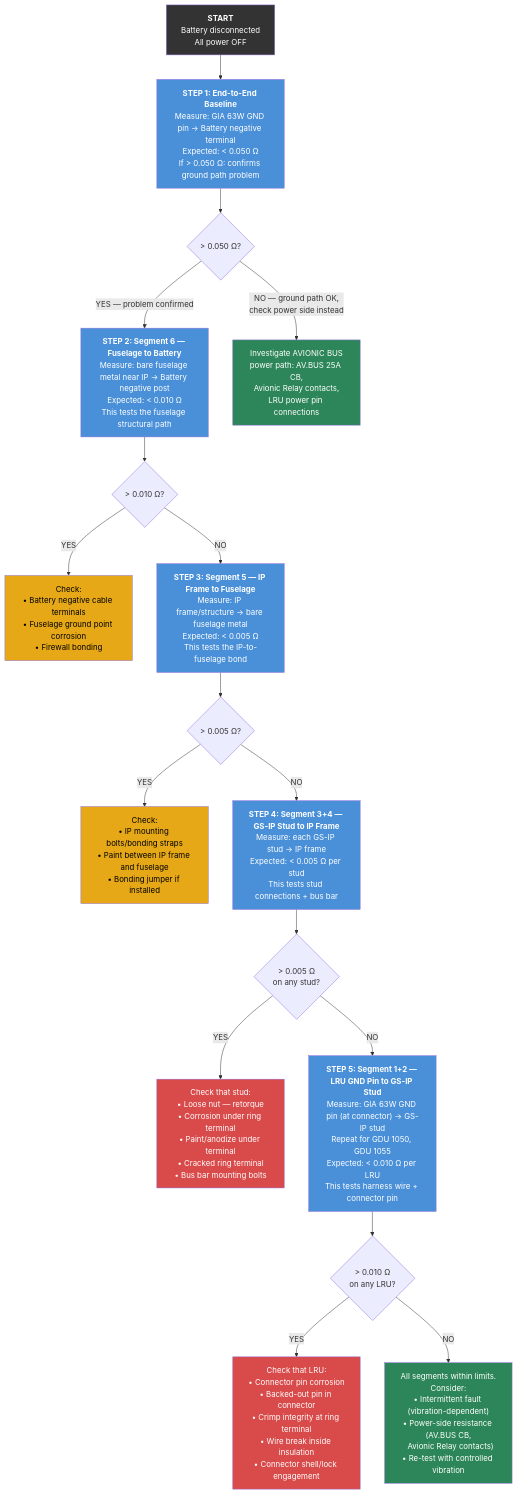
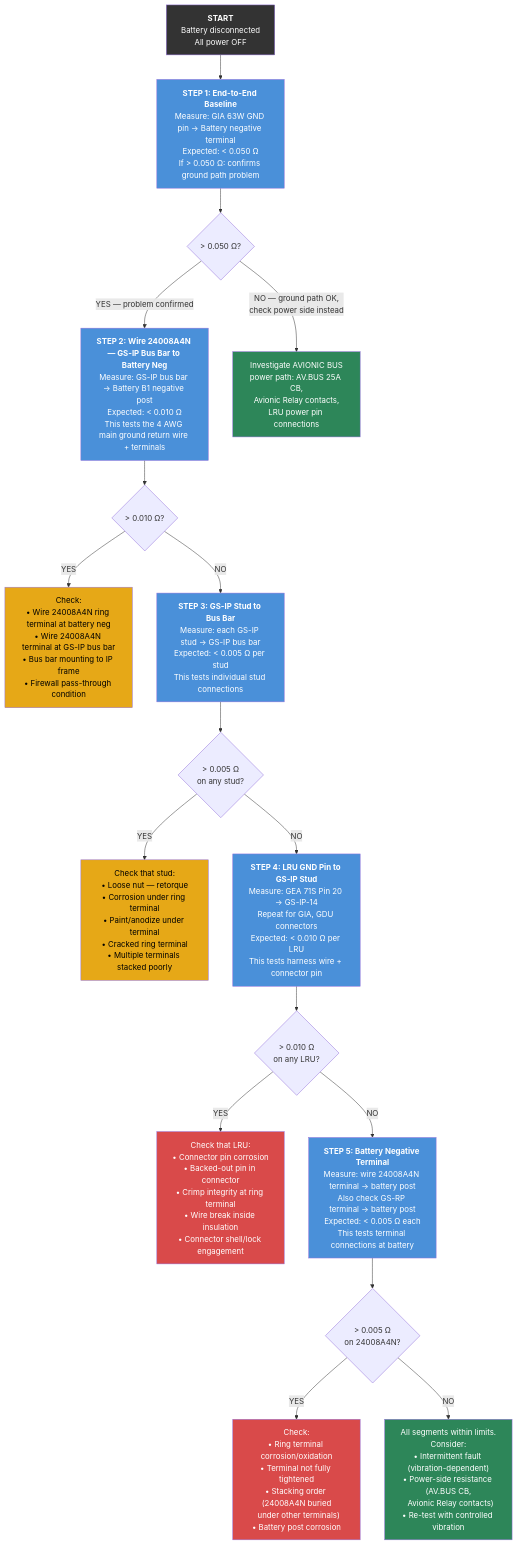
Before and after one commit to ingramleedy/volts: the sixth of 6 diagrams in README.md, drawn with Mermaid. The commit also changed other lines of this file and 7 other files, not shown here.

````diff
--- a/README.md
+++ b/README.md
@@ -409,37 +412,37 @@
 ```mermaid
 flowchart TB
     START["<b>START</b><br/>Battery disconnected<br/>All power OFF"] --> STEP1
 
     STEP1["<b>STEP 1: End-to-End Baseline</b><br/>Measure: GIA 63W GND pin → Battery negative terminal<br/>Expected: < 0.050 Ω<br/>If > 0.050 Ω: confirms ground path problem"] --> STEP1R{"> 0.050 Ω?"}
     STEP1R -->|"YES — problem confirmed"| STEP2
     STEP1R -->|"NO — ground path OK,<br/>check power side instead"| PWRSIDE["Investigate AVIONIC BUS<br/>power path: AV.BUS 25A CB,<br/>Avionic Relay contacts,<br/>LRU power pin connections"]
 
-    STEP2["<b>STEP 2: Segment 6 — Fuselage to Battery</b><br/>Measure: bare fuselage metal near IP → Battery negative post<br/>Expected: < 0.010 Ω<br/>This tests the fuselage structural path"] --> STEP2R{"> 0.010 Ω?"}
-    STEP2R -->|"YES"| FIX6["Check:<br/>• Battery negative cable terminals<br/>• Fuselage ground point corrosion<br/>• Firewall bonding"]
+    STEP2["<b>STEP 2: Wire 24008A4N — GS-IP Bus Bar to Battery Neg</b><br/>Measure: GS-IP bus bar → Battery B1 negative post<br/>Expected: < 0.010 Ω<br/>This tests the 4 AWG main ground return wire + terminals"] --> STEP2R{"> 0.010 Ω?"}
+    STEP2R -->|"YES"| FIX6["Check:<br/>• Wire 24008A4N ring terminal at battery neg<br/>• Wire 24008A4N terminal at GS-IP bus bar<br/>• Bus bar mounting to IP frame<br/>• Firewall pass-through condition"]
     STEP2R -->|"NO"| STEP3
 
-    STEP3["<b>STEP 3: Segment 5 — IP Frame to Fuselage</b><br/>Measure: IP frame/structure → bare fuselage metal<br/>Expected: < 0.005 Ω<br/>This tests the IP-to-fuselage bond"] --> STEP3R{"> 0.005 Ω?"}
-    STEP3R -->|"YES"| FIX5["Check:<br/>• IP mounting bolts/bonding straps<br/>• Paint between IP frame and fuselage<br/>• Bonding jumper if installed"]
+    STEP3["<b>STEP 3: GS-IP Stud to Bus Bar</b><br/>Measure: each GS-IP stud → GS-IP bus bar<br/>Expected: < 0.005 Ω per stud<br/>This tests individual stud connections"] --> STEP3R{"> 0.005 Ω<br/>on any stud?"}
+    STEP3R -->|"YES"| FIX5["Check that stud:<br/>• Loose nut — retorque<br/>• Corrosion under ring terminal<br/>• Paint/anodize under terminal<br/>• Cracked ring terminal<br/>• Multiple terminals stacked poorly"]
     STEP3R -->|"NO"| STEP4
 
-    STEP4["<b>STEP 4: Segment 3+4 — GS-IP Stud to IP Frame</b><br/>Measure: each GS-IP stud → IP frame<br/>Expected: < 0.005 Ω per stud<br/>This tests stud connections + bus bar"] --> STEP4R{"> 0.005 Ω<br/>on any stud?"}
-    STEP4R -->|"YES"| FIX34["Check that stud:<br/>• Loose nut — retorque<br/>• Corrosion under ring terminal<br/>• Paint/anodize under terminal<br/>• Cracked ring terminal<br/>• Bus bar mounting bolts"]
+    STEP4["<b>STEP 4: LRU GND Pin to GS-IP Stud</b><br/>Measure: GEA 71S Pin 20 → GS-IP-14<br/>Repeat for GIA, GDU connectors<br/>Expected: < 0.010 Ω per LRU<br/>This tests harness wire + connector pin"] --> STEP4R{"> 0.010 Ω<br/>on any LRU?"}
+    STEP4R -->|"YES"| FIX34["Check that LRU:<br/>• Connector pin corrosion<br/>• Backed-out pin in connector<br/>• Crimp integrity at ring terminal<br/>• Wire break inside insulation<br/>• Connector shell/lock engagement"]
     STEP4R -->|"NO"| STEP5
 
-    STEP5["<b>STEP 5: Segment 1+2 — LRU GND Pin to GS-IP Stud</b><br/>Measure: GIA 63W GND pin (at connector) → GS-IP stud<br/>Repeat for GDU 1050, GDU 1055<br/>Expected: < 0.010 Ω per LRU<br/>This tests harness wire + connector pin"] --> STEP5R{"> 0.010 Ω<br/>on any LRU?"}
-    STEP5R -->|"YES"| FIX12["Check that LRU:<br/>• Connector pin corrosion<br/>• Backed-out pin in connector<br/>• Crimp integrity at ring terminal<br/>• Wire break inside insulation<br/>• Connector shell/lock engagement"]
+    STEP5["<b>STEP 5: Battery Negative Terminal</b><br/>Measure: wire 24008A4N terminal → battery post<br/>Also check GS-RP terminal → battery post<br/>Expected: < 0.005 Ω each<br/>This tests terminal connections at battery"] --> STEP5R{"> 0.005 Ω<br/>on 24008A4N?"}
+    STEP5R -->|"YES"| FIX12["Check:<br/>• Ring terminal corrosion/oxidation<br/>• Terminal not fully tightened<br/>• Stacking order (24008A4N buried<br/>  under other terminals)<br/>• Battery post corrosion"]
     STEP5R -->|"NO"| ALLGOOD["All segments within limits.<br/>Consider:<br/>• Intermittent fault (vibration-dependent)<br/>• Power-side resistance (AV.BUS CB,<br/>  Avionic Relay contacts)<br/>• Re-test with controlled vibration"]
 
     style START fill:#333,color:#fff
     style STEP1 fill:#4a90d9,color:#fff
     style STEP2 fill:#4a90d9,color:#fff
     style STEP3 fill:#4a90d9,color:#fff
     style STEP4 fill:#4a90d9,color:#fff
     style STEP5 fill:#4a90d9,color:#fff
     style FIX6 fill:#e6a817,color:#000
     style FIX5 fill:#e6a817,color:#000
     style FIX34 fill:#d94a4a,color:#fff
     style FIX12 fill:#d94a4a,color:#fff
     style PWRSIDE fill:#2d8659,color:#fff
     style ALLGOOD fill:#2d8659,color:#fff
 ```
````
